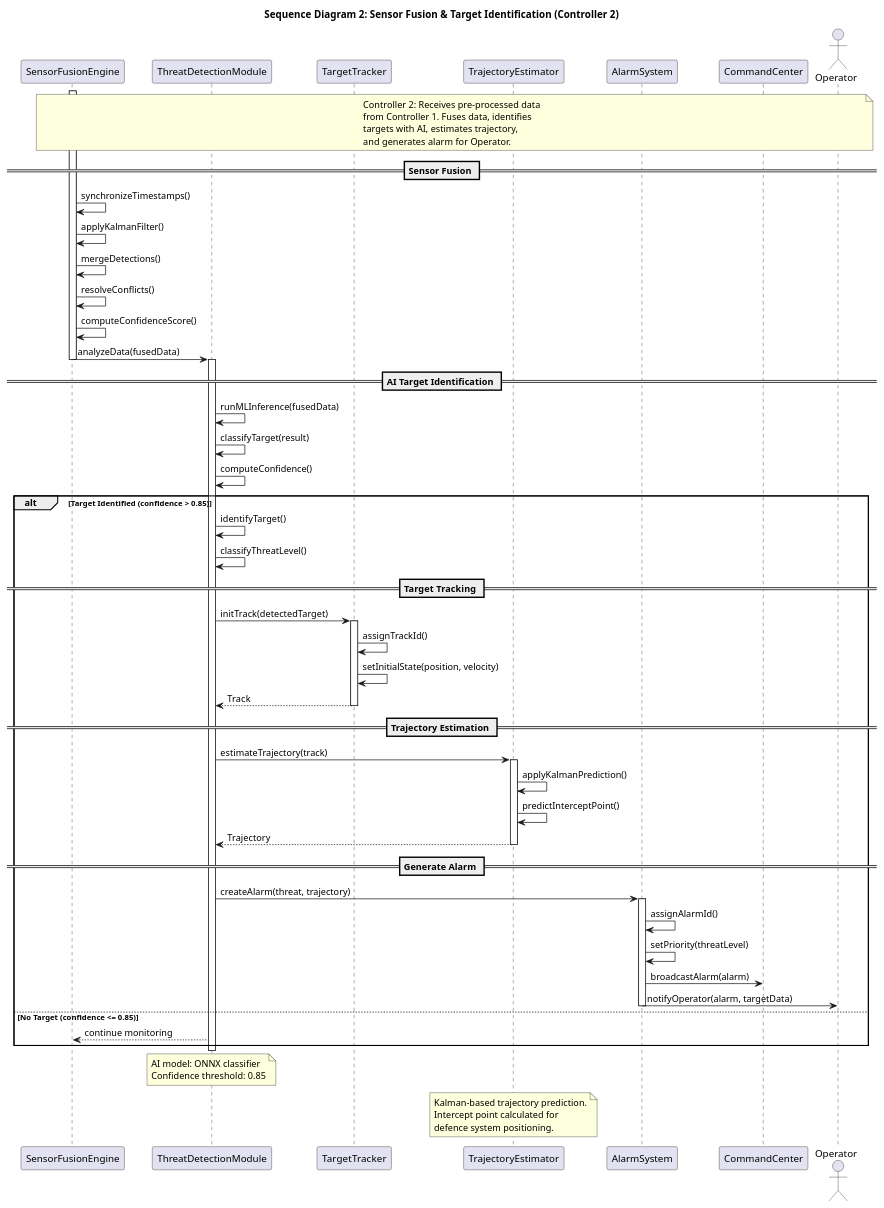
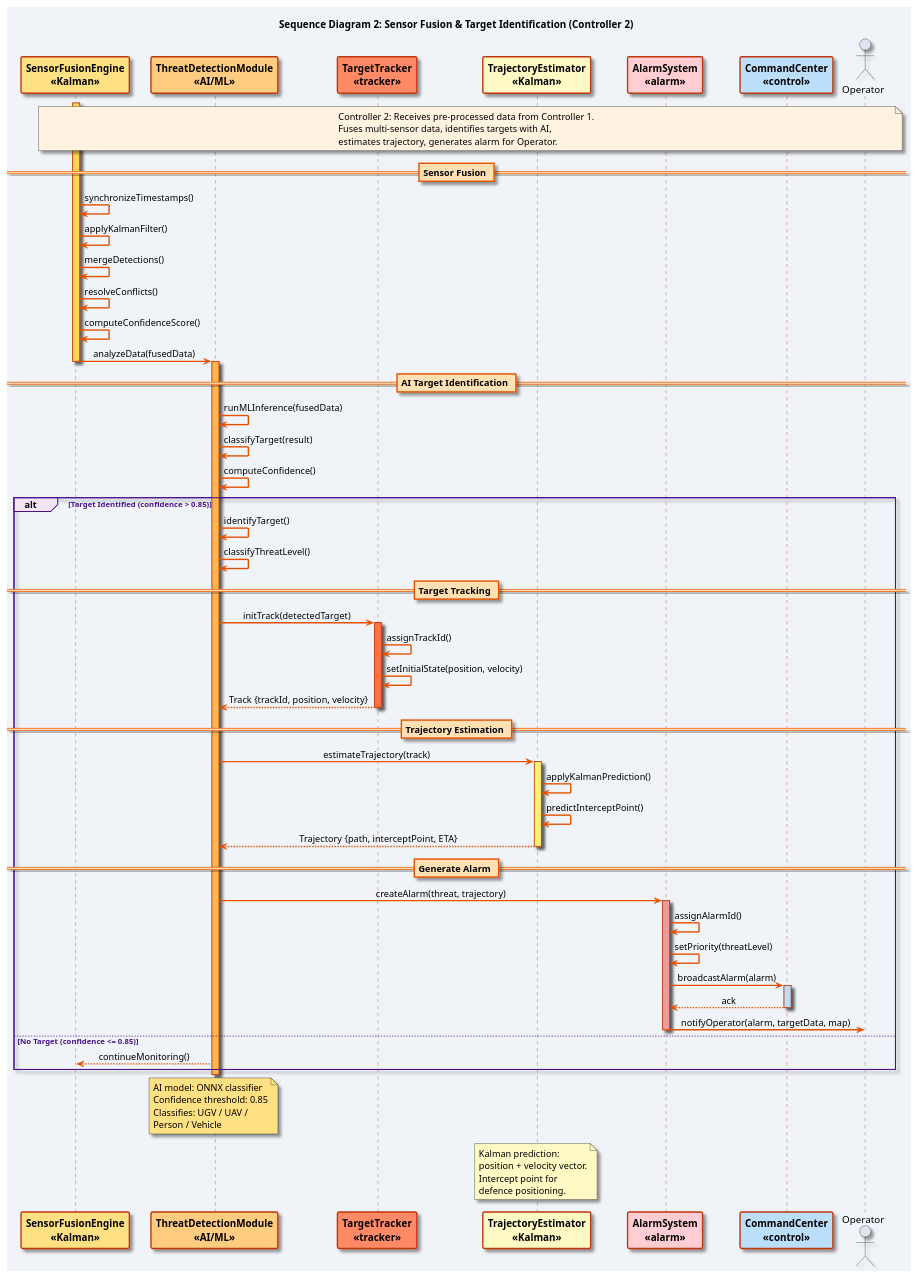
One commit to ministar016/ACS changed the diagram in projektovanje-softvera/diagrams/03_sequence/seq_sensor_fusion.puml. Above: the diagram before and after it, drawn with PlantUML. The commit also changed 15 other files, not shown here.

```diff
--- a/projektovanje-softvera/diagrams/03_sequence/seq_sensor_fusion.puml
+++ b/projektovanje-softvera/diagrams/03_sequence/seq_sensor_fusion.puml
@@ -1,85 +1,115 @@
 @startuml seq_sensor_fusion
 title Sequence Diagram 2: Sensor Fusion & Target Identification (Controller 2)
 
-participant "SensorFusionEngine" as SFE
-participant "ThreatDetectionModule" as TDM
-participant "TargetTracker" as TT
-participant "TrajectoryEstimator" as TE
-participant "AlarmSystem" as AS
-participant "CommandCenter" as CC
+skinparam backgroundColor #F0F4F8
+skinparam shadowing true
+skinparam defaultFontName Helvetica
+skinparam sequenceMessageAlign center
+skinparam responseMessageBelowArrow true
+
+skinparam sequence {
+  ArrowColor #E65100
+  ArrowThickness 2
+  LifeLineBorderColor #BF360C
+  LifeLineBackgroundColor #FFF8E1
+  ParticipantBorderColor #BF360C
+  ParticipantBorderThickness 2
+  ParticipantFontStyle bold
+  DividerBackgroundColor #FFE0B2
+  DividerBorderColor #E65100
+  GroupBorderColor #4A148C
+  GroupBackgroundColor #F3E5F5
+  GroupFontColor #4A148C
+  NoteBackgroundColor #FFFDE7
+  NoteBorderColor #F9A825
+  BoxBackgroundColor #FFF3E0
+  BoxBorderColor #E65100
+}
+
+participant "SensorFusionEngine\n<<Kalman>>" as SFE #FFE082
+participant "ThreatDetectionModule\n<<AI/ML>>" as TDM #FFCC80
+participant "TargetTracker\n<<tracker>>" as TT  #FF8A65
+participant "TrajectoryEstimator\n<<Kalman>>" as TE #FFF9C4
+participant "AlarmSystem\n<<alarm>>" as AS #FFCDD2
+participant "CommandCenter\n<<control>>" as CC #BBDEFB
 actor "Operator" as OP
 
-note over SFE, OP
-  Controller 2: Receives pre-processed data
-  from Controller 1. Fuses data, identifies
-  targets with AI, estimates trajectory,
-  and generates alarm for Operator.
+note over SFE, OP #FFF3E0
+  Controller 2: Receives pre-processed data from Controller 1.
+  Fuses multi-sensor data, identifies targets with AI,
+  estimates trajectory, generates alarm for Operator.
 end note
 
 == Sensor Fusion ==
-activate SFE
+activate SFE #FFD54F
 SFE -> SFE : synchronizeTimestamps()
 SFE -> SFE : applyKalmanFilter()
 SFE -> SFE : mergeDetections()
 SFE -> SFE : resolveConflicts()
 SFE -> SFE : computeConfidenceScore()
 
 SFE -> TDM : analyzeData(fusedData)
 deactivate SFE
-activate TDM
+activate TDM #FFB74D
 
 == AI Target Identification ==
 TDM -> TDM : runMLInference(fusedData)
 TDM -> TDM : classifyTarget(result)
 TDM -> TDM : computeConfidence()
 
 alt Target Identified (confidence > 0.85)
 
   TDM -> TDM : identifyTarget()
   TDM -> TDM : classifyThreatLevel()
 
   == Target Tracking ==
   TDM -> TT : initTrack(detectedTarget)
-  activate TT
+  activate TT #FF7043
   TT -> TT : assignTrackId()
   TT -> TT : setInitialState(position, velocity)
-  TT --> TDM : Track
+  TT --> TDM : Track {trackId, position, velocity}
   deactivate TT
 
   == Trajectory Estimation ==
   TDM -> TE : estimateTrajectory(track)
-  activate TE
+  activate TE #FFF176
   TE -> TE : applyKalmanPrediction()
   TE -> TE : predictInterceptPoint()
-  TE --> TDM : Trajectory
+  TE --> TDM : Trajectory {path, interceptPoint, ETA}
   deactivate TE
 
   == Generate Alarm ==
   TDM -> AS : createAlarm(threat, trajectory)
-  activate AS
+  activate AS #EF9A9A
   AS -> AS : assignAlarmId()
   AS -> AS : setPriority(threatLevel)
   AS -> CC : broadcastAlarm(alarm)
-  AS -> OP : notifyOperator(alarm, targetData)
+  activate CC #BBDEFB
+  CC --> AS : ack
+  deactivate CC
+  AS -> OP : notifyOperator(alarm, targetData, map)
   deactivate AS
 
 else No Target (confidence <= 0.85)
 
-  TDM --> SFE : continue monitoring
+  TDM --> SFE : continueMonitoring()
 
 end
 
 deactivate TDM
 
-note over TDM
+note over TDM #FFE082
   AI model: ONNX classifier
   Confidence threshold: 0.85
+  Classifies: UGV / UAV /
+  Person / Vehicle
 end note
 
-note over TE
-  Kalman-based trajectory prediction.
-  Intercept point calculated for
-  defence system positioning.
+note over TE #FFF9C4
+  Kalman prediction:
+  position + velocity vector.
+  Intercept point for
+  defence positioning.
 end note
 
 @enduml
```
